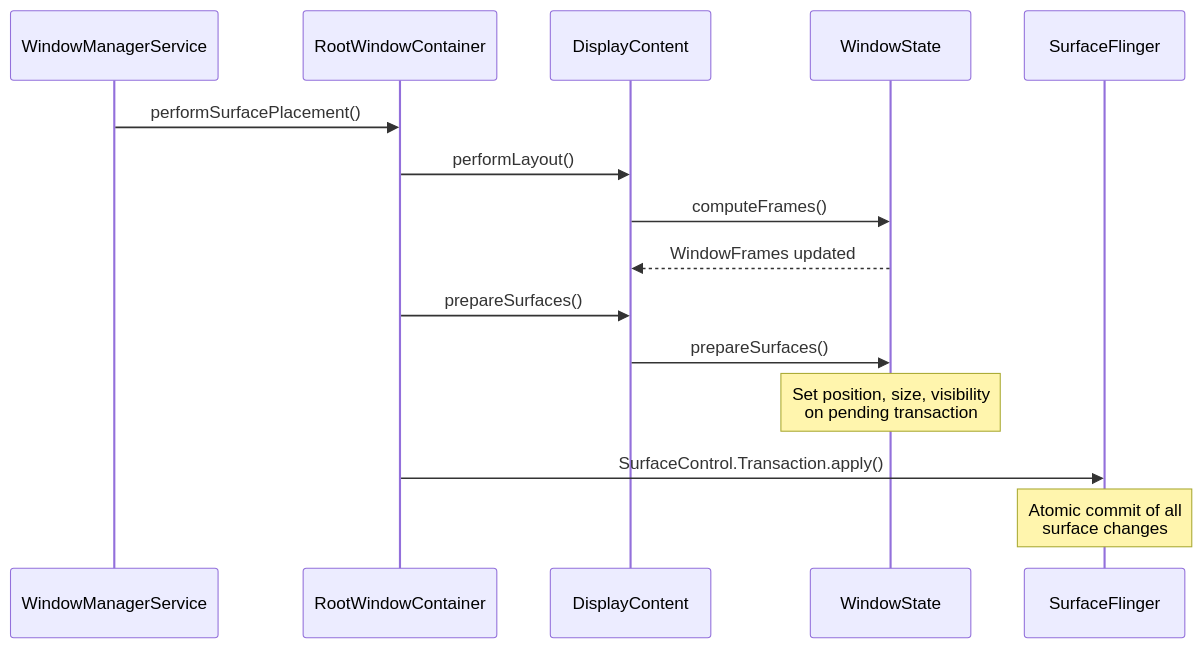
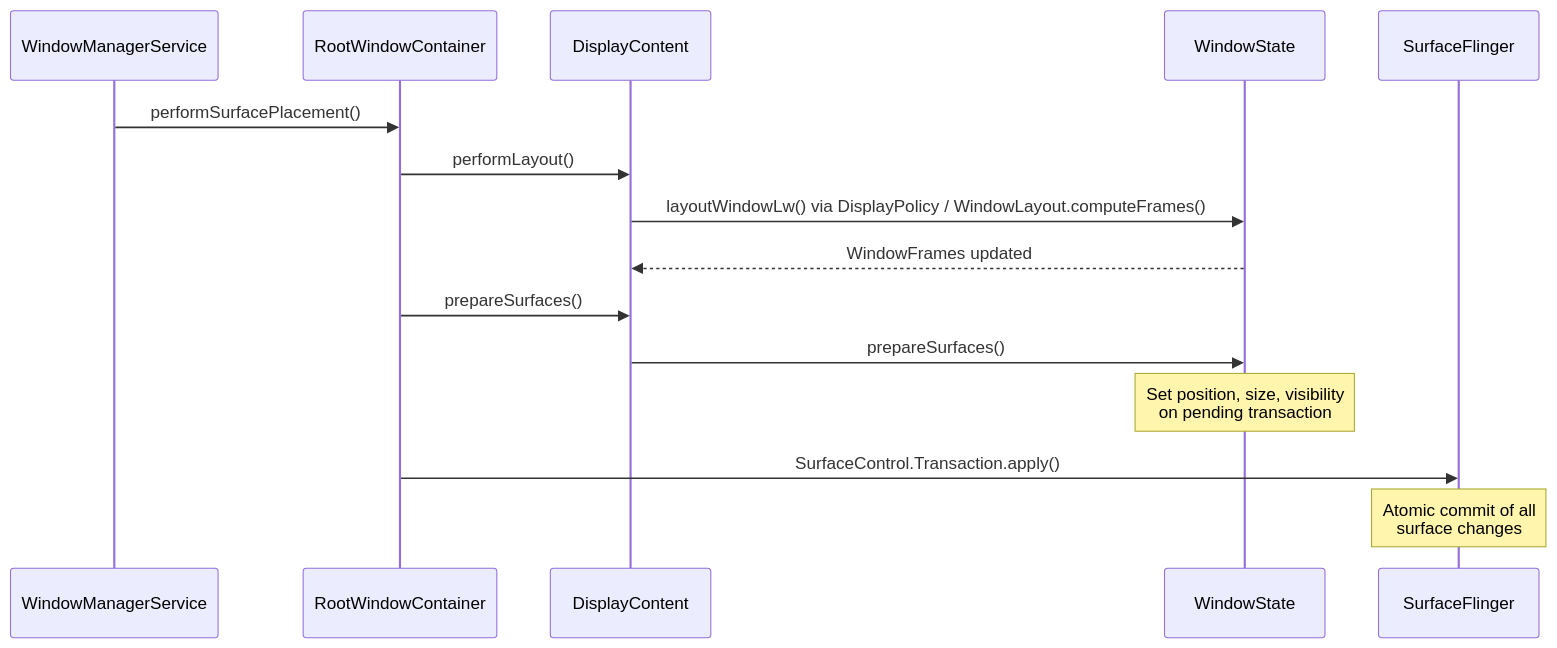
The third of 33 diagrams in agents/claude/skills/aosp-framework-core/23-window-system.md (aospbooks/aosp-internal-book), drawn with Mermaid before and after one commit. The commit also changed other lines of this file and 218 other files, not shown here.

````diff
--- a/agents/claude/skills/aosp-framework-core/23-window-system.md
+++ b/agents/claude/skills/aosp-framework-core/23-window-system.md
@@ -336,20 +336,20 @@
 ```mermaid
 sequenceDiagram
     participant WMS as WindowManagerService
     participant RWC as RootWindowContainer
     participant DC as DisplayContent
     participant WS as WindowState
     participant SF as SurfaceFlinger
 
     WMS->>RWC: performSurfacePlacement()
     RWC->>DC: performLayout()
-    DC->>WS: computeFrames()
+    DC->>WS: layoutWindowLw() via DisplayPolicy / WindowLayout.computeFrames()
     WS-->>DC: WindowFrames updated
 
     RWC->>DC: prepareSurfaces()
     DC->>WS: prepareSurfaces()
     Note over WS: Set position, size, visibility<br/>on pending transaction
 
     RWC->>SF: SurfaceControl.Transaction.apply()
     Note over SF: Atomic commit of all<br/>surface changes
 ```
````
